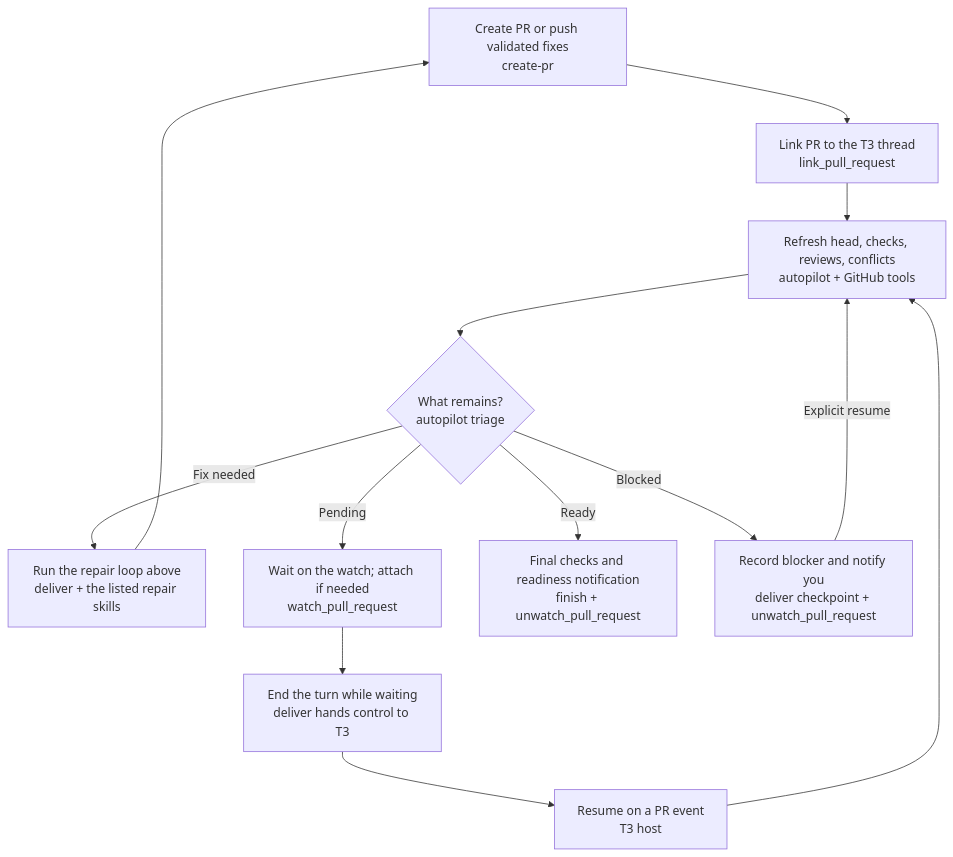
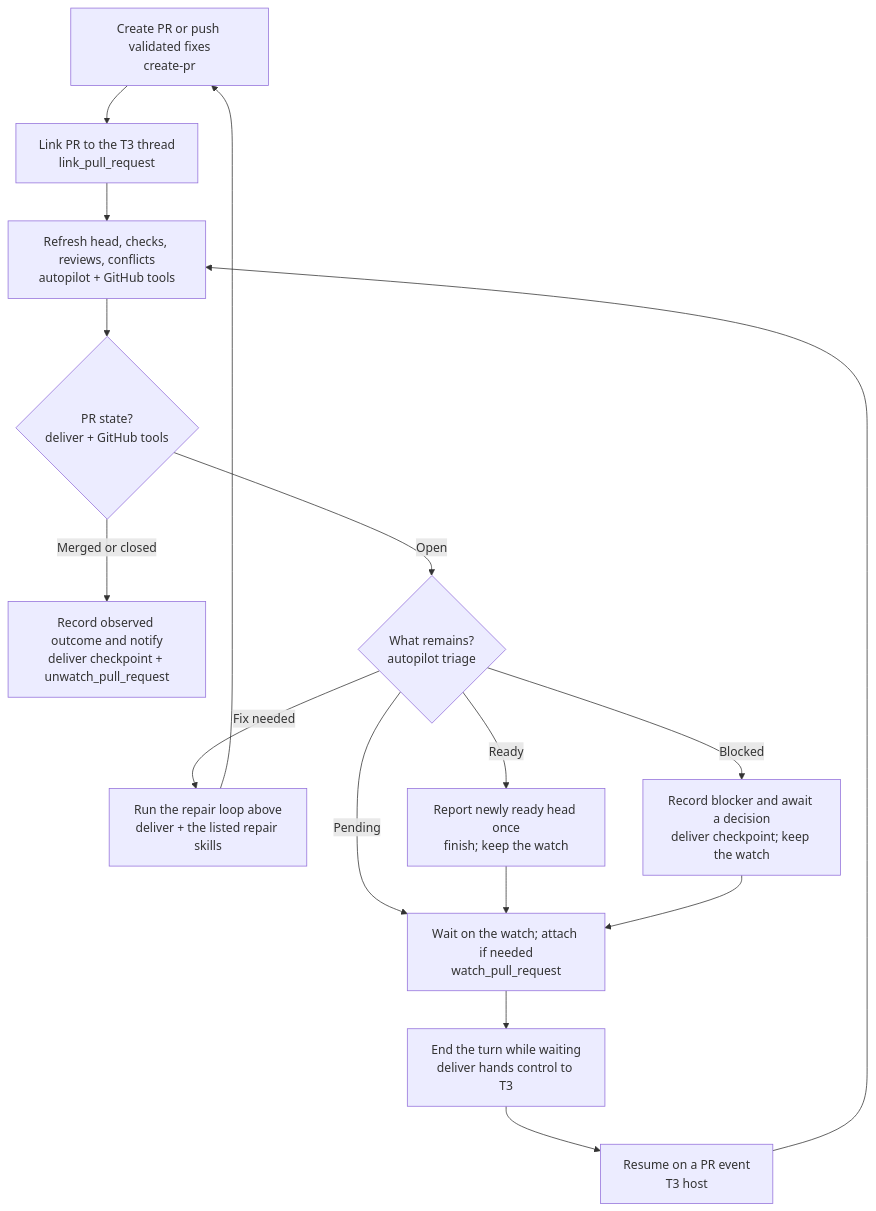
One commit to Saty248/agent-workflows changed the third of 3 diagrams in README.md. Above: the diagram before and after it, drawn with Mermaid. The commit also changed other lines of this file and 6 other files, not shown here.

````diff
--- a/README.md
+++ b/README.md
@@ -212,15 +228,18 @@
 ```mermaid
 flowchart TD
     push["Create PR or push validated fixes<br/>create-pr"] --> link["Link PR to the T3 thread<br/>link_pull_request"]
     link --> refresh["Refresh head, checks, reviews, conflicts<br/>autopilot + GitHub tools"]
-    refresh --> state{"What remains?<br/>autopilot triage"}
+    refresh --> prstate{"PR state?<br/>deliver + GitHub tools"}
+    prstate -->|Merged or closed| outcome["Record observed outcome and notify<br/>deliver checkpoint + unwatch_pull_request"]
+    prstate -->|Open| state{"What remains?<br/>autopilot triage"}
     state -->|Fix needed| repair["Run the repair loop above<br/>deliver + the listed repair skills"]
     repair --> push
     state -->|Pending| watch["Wait on the watch; attach if needed<br/>watch_pull_request"]
     watch --> yield["End the turn while waiting<br/>deliver hands control to T3"]
     yield --> event["Resume on a PR event<br/>T3 host"]
     event --> refresh
-    state -->|Ready| finish["Final checks and readiness notification<br/>finish + unwatch_pull_request"]
-    state -->|Blocked| blocked["Record blocker and notify you<br/>deliver checkpoint + unwatch_pull_request"]
-    blocked -->|Explicit resume| refresh
+    state -->|Ready| ready["Report newly ready head once<br/>finish; keep the watch"]
+    ready --> watch
+    state -->|Blocked| blocked["Record blocker and await a decision<br/>deliver checkpoint; keep the watch"]
+    blocked --> watch
 ```
````
